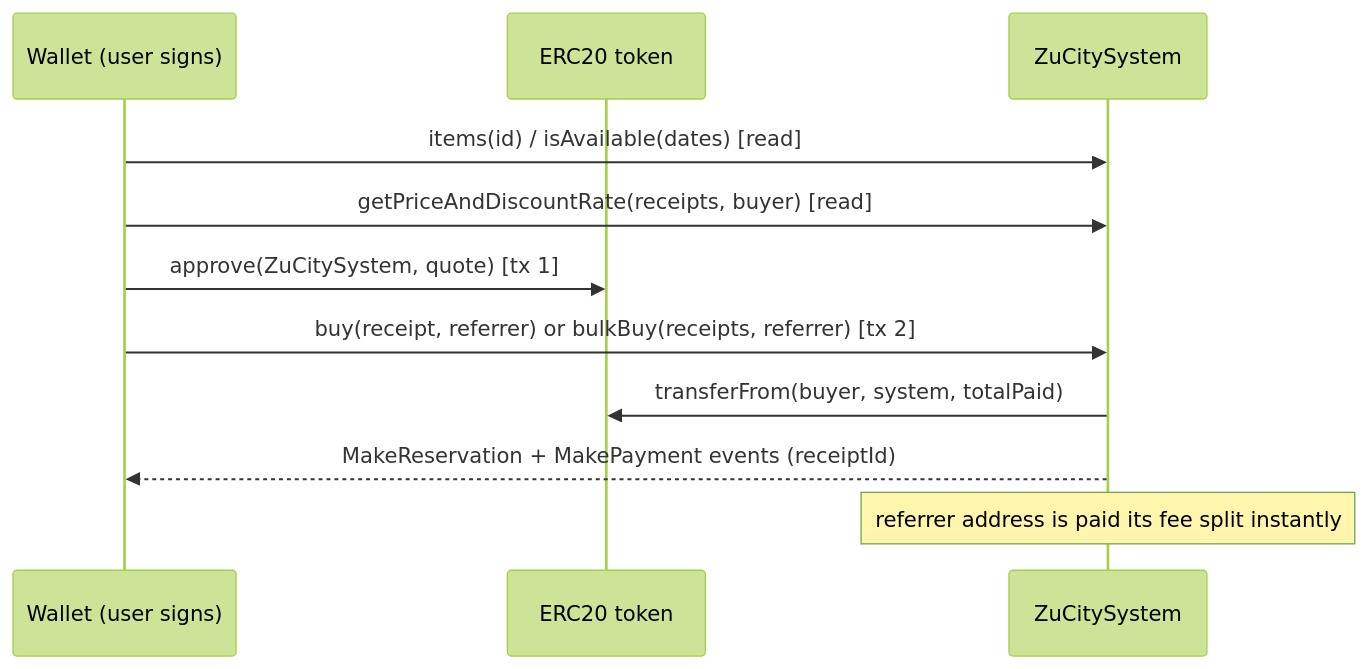
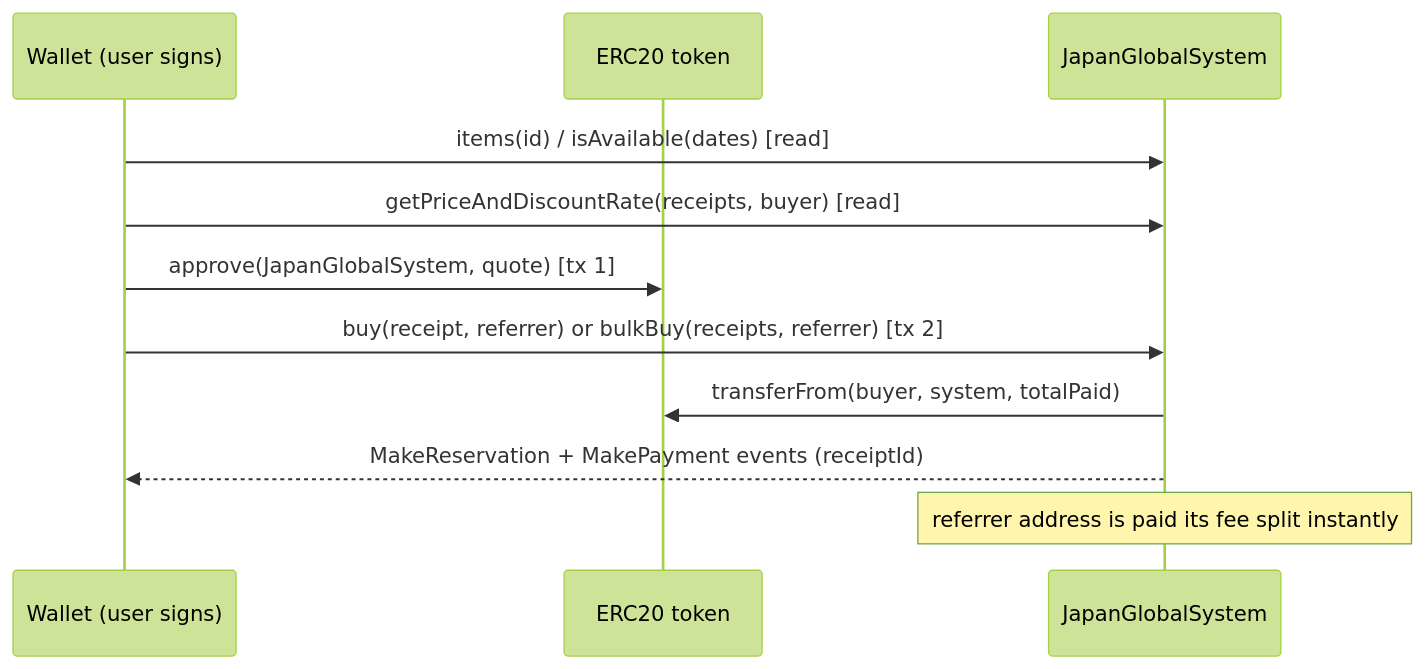
The second of 3 diagrams in contracts.md (kibagateaux/zucity-api-docs), drawn with Mermaid (forest theme) before and after one commit. The commit also changed other lines of this file and 8 other files, not shown here.

````diff
--- a/contracts.md
+++ b/contracts.md
@@ -134,13 +138,13 @@
 ```mermaid
 sequenceDiagram
     participant W as Wallet (user signs)
     participant T as ERC20 token
-    participant Z as ZuCitySystem
+    participant Z as JapanGlobalSystem
     W->>Z: items(id) / isAvailable(dates)  [read]
     W->>Z: getPriceAndDiscountRate(receipts, buyer)  [read]
-    W->>T: approve(ZuCitySystem, quote)  [tx 1]
+    W->>T: approve(JapanGlobalSystem, quote)  [tx 1]
     W->>Z: buy(receipt, referrer) or bulkBuy(receipts, referrer)  [tx 2]
     Z->>T: transferFrom(buyer, system, totalPaid)
     Z-->>W: MakeReservation + MakePayment events (receiptId)
     Note over Z: referrer address is paid its fee split instantly
 ```
````
